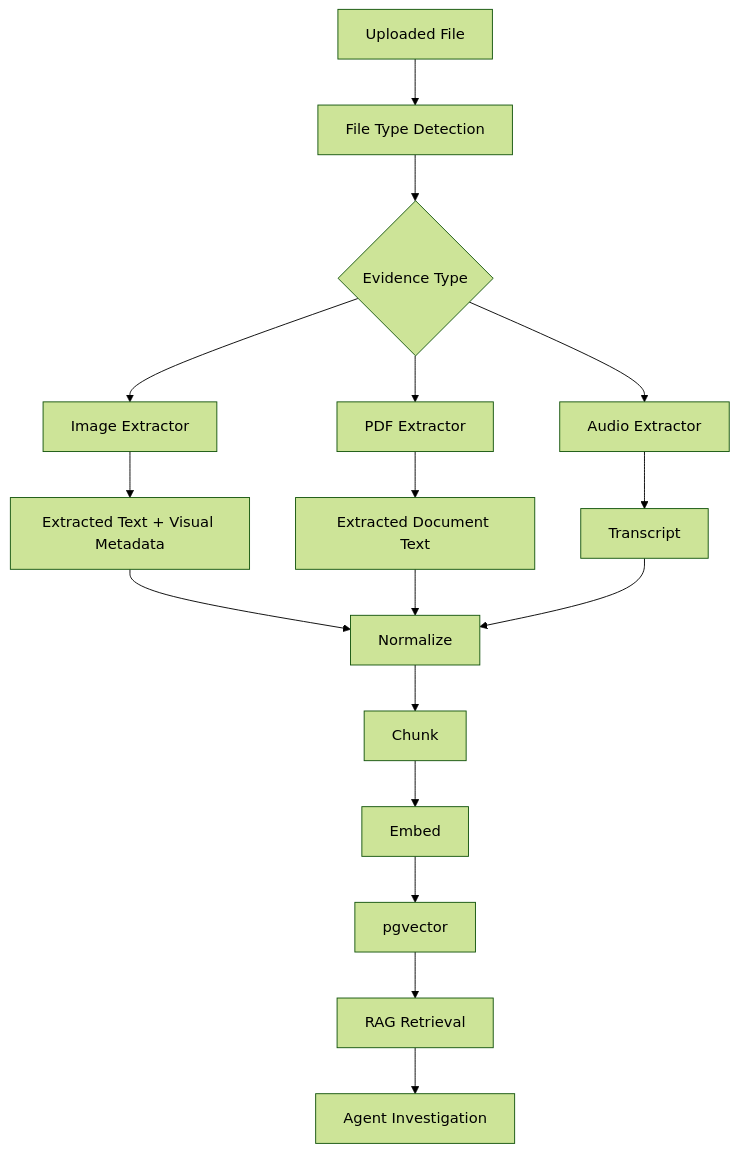
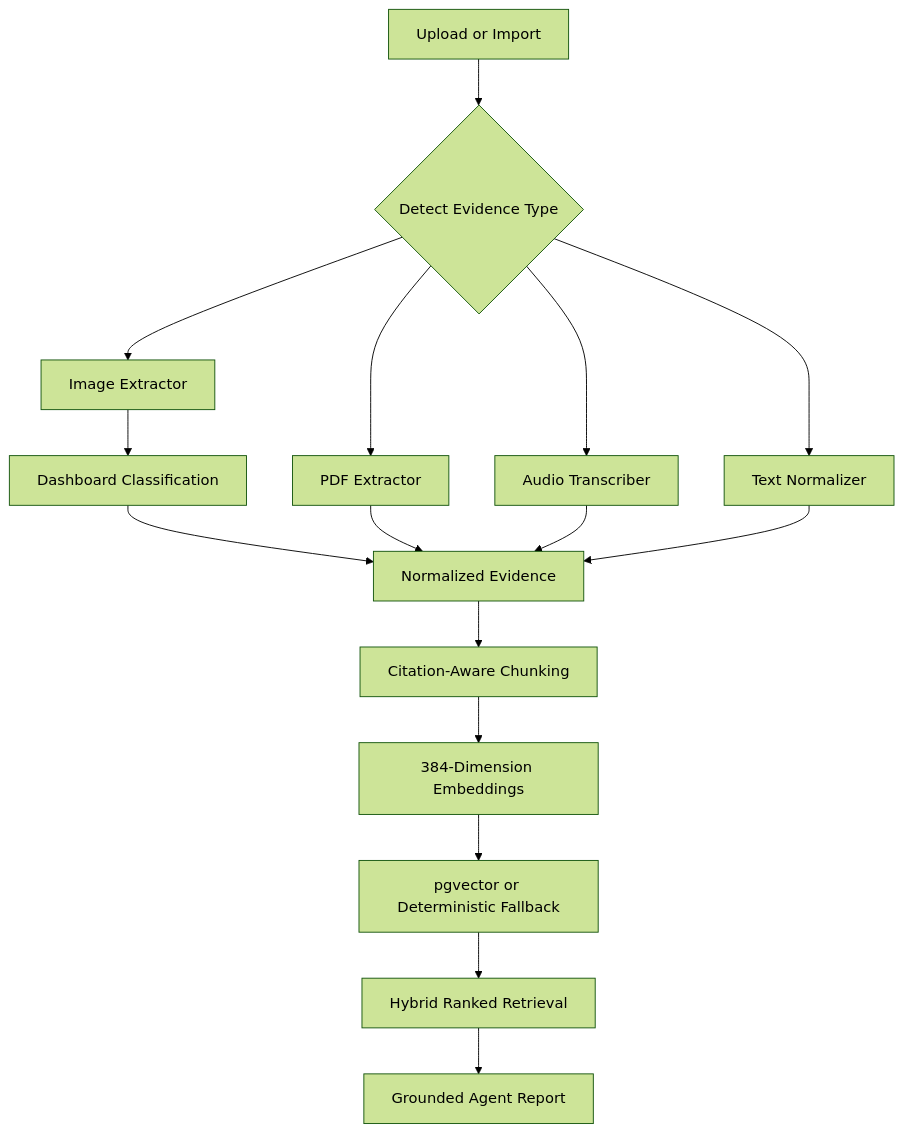
The fourth of 4 diagrams in README.md (InsaneCoder789/IncidentLens), drawn with Mermaid (forest theme) before and after one commit. The commit also changed other lines of this file, not shown here.

First line of the commit message:
docs: restructure README with Phase 7 architecture

````diff
--- a/README.md
+++ b/README.md
@@ -148,19 +184,18 @@
 ```mermaid
 flowchart TD
-    A["Uploaded File"] --> B["File Type Detection"]
-    B --> C{"Evidence Type"}
-    C --> D["Image Extractor"]
-    C --> E["PDF Extractor"]
-    C --> F["Audio Extractor"]
-    D --> G["Extracted Text + Visual Metadata"]
-    E --> H["Extracted Document Text"]
-    F --> I["Transcript"]
-    G --> J["Normalize"]
-    H --> J
-    I --> J
-    J --> K["Chunk"]
-    K --> L["Embed"]
-    L --> M["pgvector"]
-    M --> N["RAG Retrieval"]
-    N --> O["Agent Investigation"]
+    UPLOAD["Upload or Import"] --> DETECT{"Detect Evidence Type"}
+    DETECT --> IMAGE["Image Extractor"]
+    DETECT --> PDF["PDF Extractor"]
+    DETECT --> AUDIO["Audio Transcriber"]
+    DETECT --> TEXT["Text Normalizer"]
+    IMAGE --> CLASSIFY["Dashboard Classification"]
+    CLASSIFY --> NORMALIZE["Normalized Evidence"]
+    PDF --> NORMALIZE
+    AUDIO --> NORMALIZE
+    TEXT --> NORMALIZE
+    NORMALIZE --> CHUNK["Citation-Aware Chunking"]
+    CHUNK --> EMBED["384-Dimension Embeddings"]
+    EMBED --> INDEX["pgvector or Deterministic Fallback"]
+    INDEX --> RETRIEVE["Hybrid Ranked Retrieval"]
+    RETRIEVE --> REPORT["Grounded Agent Report"]
 ```
````
